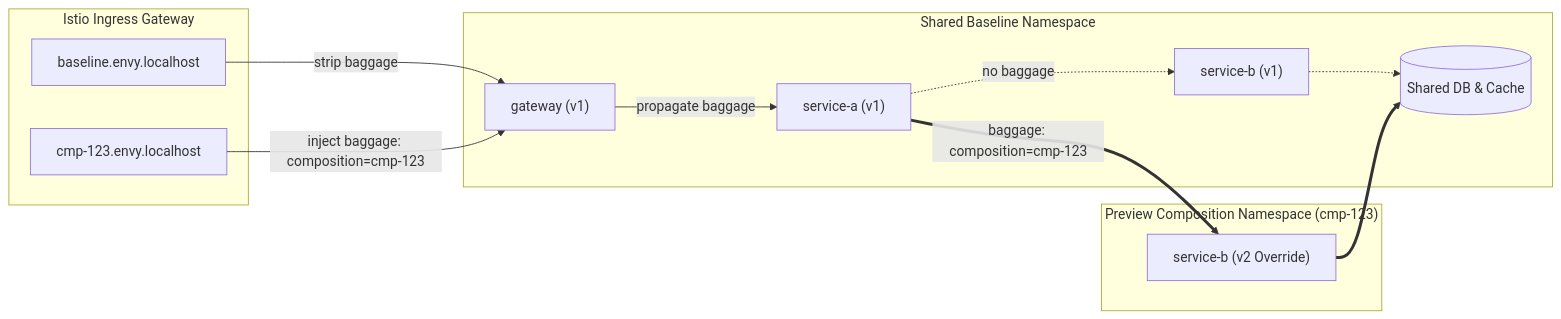
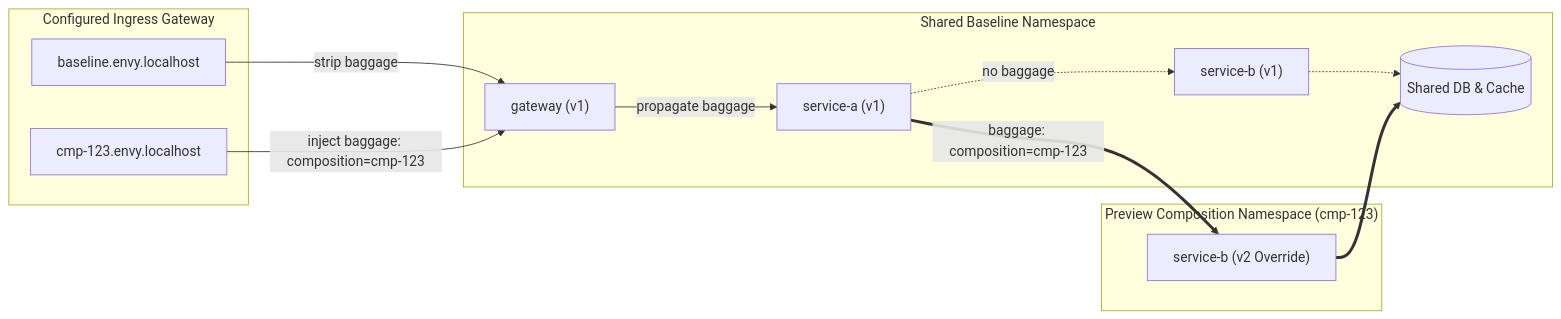
The diagram in README.md (dblooman/envy), drawn with Mermaid before and after one commit. The commit also changed other lines of this file and 104 other files, not shown here.

````diff
--- a/README.md
+++ b/README.md
@@ -52,28 +56,28 @@
 ```mermaid
 flowchart LR
-    subgraph Ingress ["Istio Ingress Gateway"]
+    subgraph Ingress ["Configured Ingress Gateway"]
         BaselineURL["baseline.envy.localhost"]
         PreviewURL["cmp-123.envy.localhost"]
     end
 
     subgraph Baseline ["Shared Baseline Namespace"]
         GW["gateway (v1)"]
         SA["service-a (v1)"]
         SB1["service-b (v1)"]
         DB[("Shared DB & Cache")]
     end
 
     subgraph Composition ["Preview Composition Namespace (cmp-123)"]
         SB2["service-b (v2 Override)"]
     end
 
     BaselineURL -->|strip baggage| GW
     PreviewURL -->|inject baggage: composition=cmp-123| GW
     
     GW -->|propagate baggage| SA
     SA -.->|no baggage| SB1
     SA ==>|baggage: composition=cmp-123| SB2
     
     SB1 -.-> DB
     SB2 ==> DB
 ```
````
